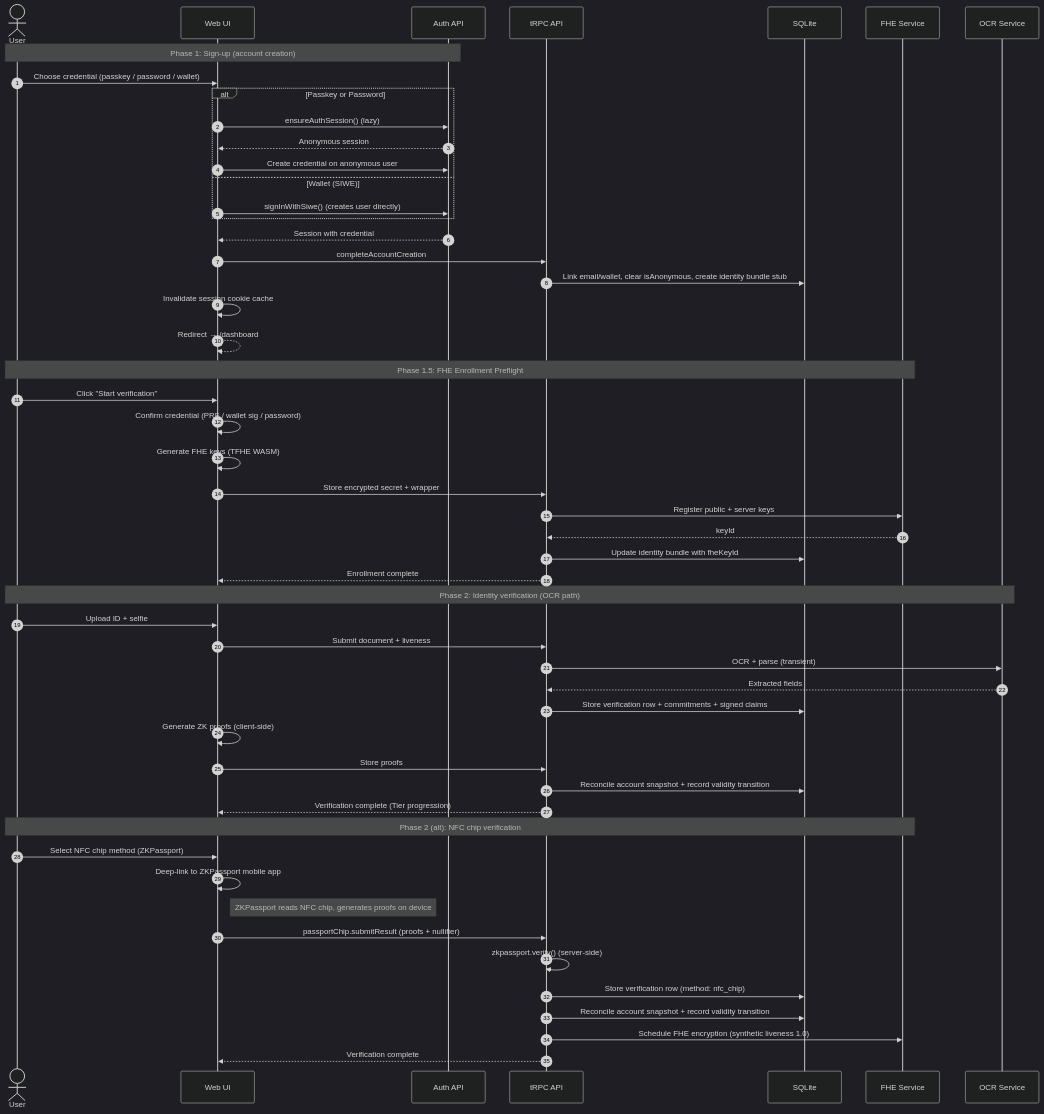
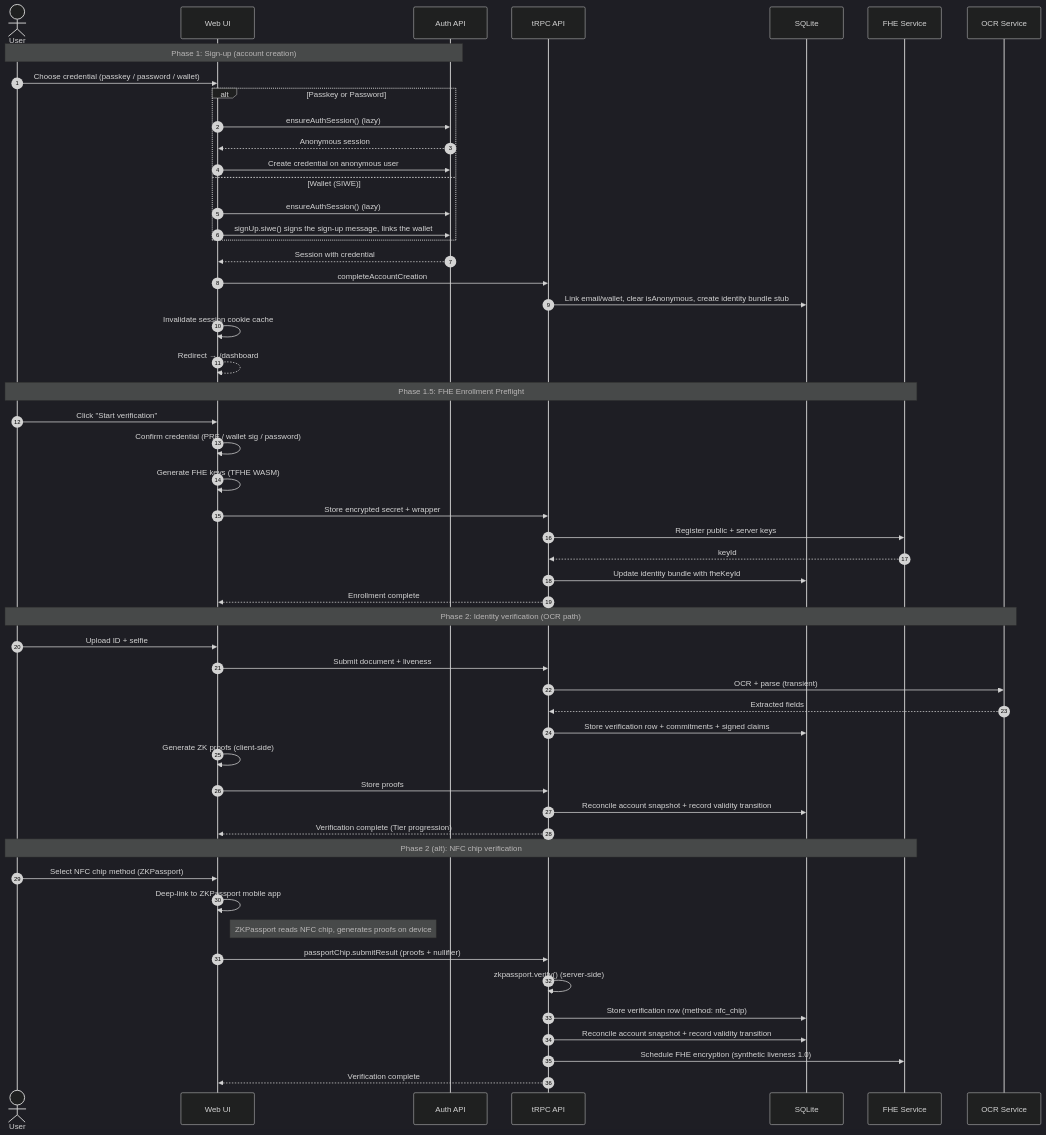
Before and after one commit to gustavovalverde/zentity: the second of 4 diagrams in docs/(concepts)/architecture.md, drawn with Mermaid (dark theme). The commit also changed other lines of this file and 9 other files, not shown here.

First line of the commit message:
docs: describe Sign-In with Ethereum wallet auth

````diff
--- a/docs/(concepts)/architecture.md
+++ b/docs/(concepts)/architecture.md
@@ -143,58 +143,59 @@
 ```mermaid
 sequenceDiagram
   autonumber
   actor User
   participant UI as Web UI
   participant AUTH as Auth API
   participant API as tRPC API
   participant DB as SQLite
   participant FHE as FHE Service
   participant OCR as OCR Service
 
   Note over User,AUTH: Phase 1: Sign-up (account creation)
   User->>UI: Choose credential (passkey / password / wallet)
   alt Passkey or Password
     UI->>AUTH: ensureAuthSession() (lazy)
     AUTH-->>UI: Anonymous session
     UI->>AUTH: Create credential on anonymous user
   else Wallet (SIWE)
-    UI->>AUTH: signInWithSiwe() (creates user directly)
+    UI->>AUTH: ensureAuthSession() (lazy)
+    UI->>AUTH: signUp.siwe() signs the sign-up message, links the wallet
   end
   AUTH-->>UI: Session with credential
   UI->>API: completeAccountCreation
   API->>DB: Link email/wallet, clear isAnonymous, create identity bundle stub
   UI->>UI: Invalidate session cookie cache
   UI-->>UI: Redirect → /dashboard
 
   Note over User,FHE: Phase 1.5: FHE Enrollment Preflight
   User->>UI: Click "Start verification"
   UI->>UI: Confirm credential (PRF / wallet sig / password)
   UI->>UI: Generate FHE keys (TFHE WASM)
   UI->>API: Store encrypted secret + wrapper
   API->>FHE: Register public + server keys
   FHE-->>API: keyId
   API->>DB: Update identity bundle with fheKeyId
   API-->>UI: Enrollment complete
 
   Note over User,OCR: Phase 2: Identity verification (OCR path)
   User->>UI: Upload ID + selfie
   UI->>API: Submit document + liveness
   API->>OCR: OCR + parse (transient)
   OCR-->>API: Extracted fields
   API->>DB: Store verification row + commitments + signed claims
   UI->>UI: Generate ZK proofs (client-side)
   UI->>API: Store proofs
   API->>DB: Reconcile account snapshot + record validity transition
   API-->>UI: Verification complete (Tier progression)
 
   Note over User,FHE: Phase 2 (alt): NFC chip verification
   User->>UI: Select NFC chip method (ZKPassport)
   UI->>UI: Deep-link to ZKPassport mobile app
   Note right of UI: ZKPassport reads NFC chip, generates proofs on device
   UI->>API: passportChip.submitResult (proofs + nullifier)
   API->>API: zkpassport.verify() (server-side)
   API->>DB: Store verification row (method: nfc_chip)
   API->>DB: Reconcile account snapshot + record validity transition
   API->>FHE: Schedule FHE encryption (synthetic liveness 1.0)
   API-->>UI: Verification complete
 ```
````
